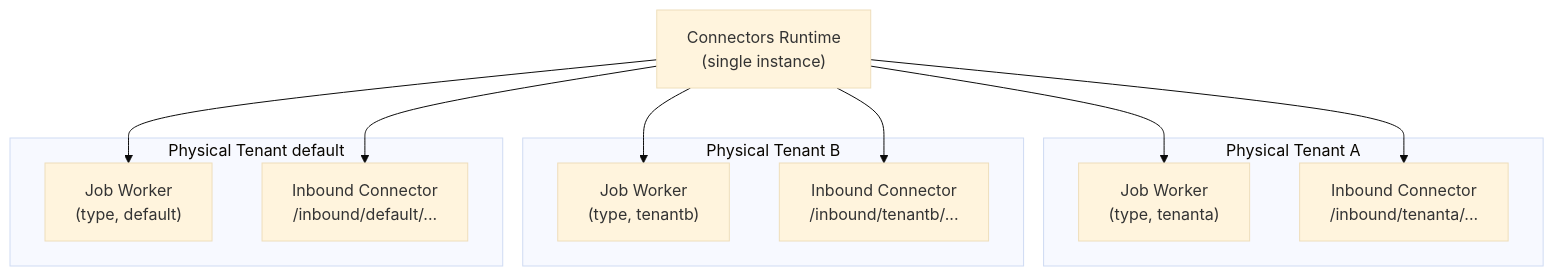
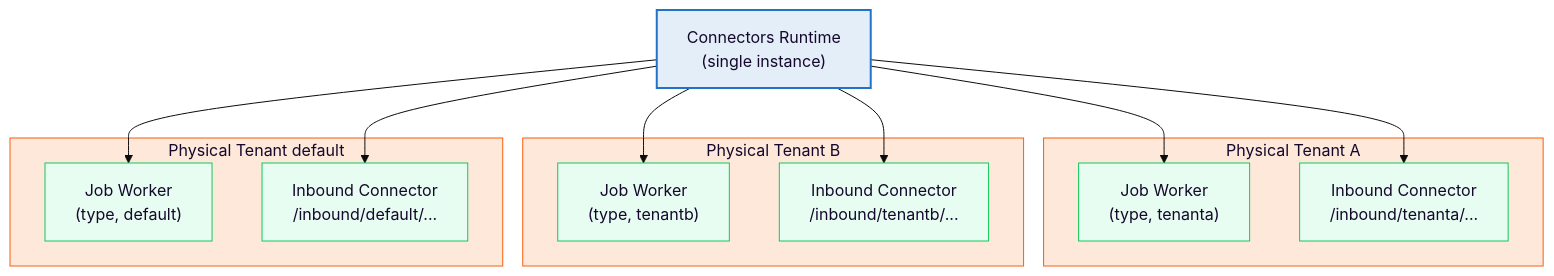
One commit to camunda/camunda-docs changed the diagram in docs/self-managed/concepts/physical-tenants/connectors-runtime.md. Above: the diagram before and after it, drawn with Mermaid (base theme). The commit also changed other lines of this file and 11 other files, not shown here.

````diff
--- a/docs/self-managed/concepts/physical-tenants/connectors-runtime.md
+++ b/docs/self-managed/concepts/physical-tenants/connectors-runtime.md
@@ -20,26 +38,34 @@
 ```mermaid
 graph TD
     runtime["Connectors Runtime\n(single instance)"]
 
     subgraph ptA["Physical Tenant A"]
         workerA["Job Worker\n(type, tenanta)"]
         inboundA["Inbound Connector\n/inbound/tenanta/..."]
     end
 
     subgraph ptB["Physical Tenant B"]
         workerB["Job Worker\n(type, tenantb)"]
         inboundB["Inbound Connector\n/inbound/tenantb/..."]
     end
 
     subgraph ptDefault["Physical Tenant default"]
         workerDefault["Job Worker\n(type, default)"]
         inboundDefault["Inbound Connector\n/inbound/default/..."]
     end
 
     runtime --> workerA
     runtime --> workerB
     runtime --> workerDefault
     runtime --> inboundA
     runtime --> inboundB
     runtime --> inboundDefault
+
+    classDef runtime fill:#e4eef8,stroke:#2272c9,color:#14082c,stroke-width:2px
+    classDef tenant fill:#fde8da,stroke:#fc5d0d,color:#14082c
+    classDef worker fill:#e8fdf1,stroke:#10c95d,color:#14082c
+
+    class runtime runtime
+    class ptA,ptB,ptDefault tenant
+    class workerA,workerB,workerDefault,inboundA,inboundB,inboundDefault worker
 ```
````
